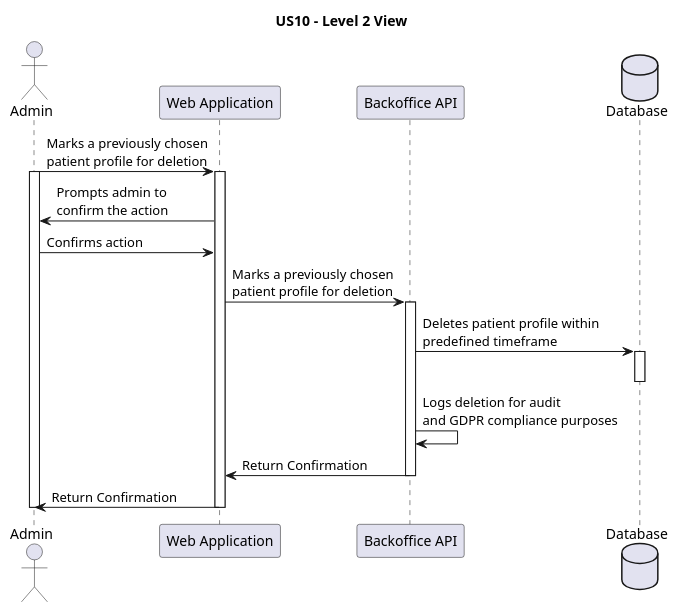
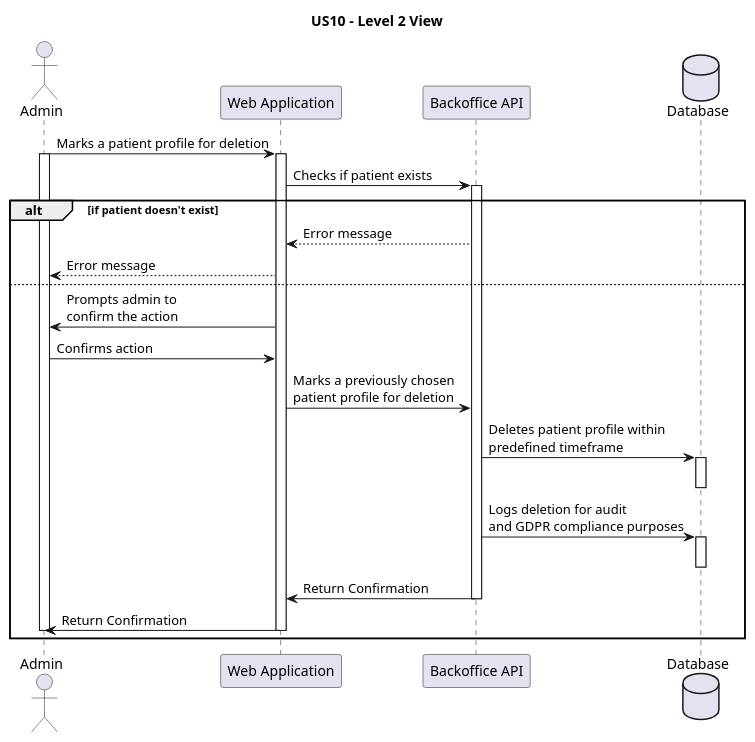
Before and after one commit to andredsferreira/p5sem-3dj-g59: the diagram in docs/user_stories/sprint-a/us10/views/level-2/US10-level-2-view.puml, drawn with PlantUML. The commit also changed 5 other files, not shown here.

```diff
--- a/docs/user_stories/sprint-a/us10/views/level-2/US10-level-2-view.puml
+++ b/docs/user_stories/sprint-a/us10/views/level-2/US10-level-2-view.puml
@@ -12,33 +12,41 @@
 @startuml
 
 title US10 - Level 2 View
 
 actor Admin as U
 participant "Web Application" as web
 participant "Backoffice API" as api
 database "Database" as db
 
-U -> web : Marks a previously chosen\npatient profile for deletion
+U -> web : Marks a patient profile for deletion
 activate U
 activate web
+web -> api : Checks if patient exists
+activate api
+alt if patient doesn't exist 
+api --> web : Error message
+web --> U : Error message
+else
 web -> U : Prompts admin to\nconfirm the action
 U -> web : Confirms action
 
 web -> api : Marks a previously chosen\npatient profile for deletion
-activate api
 
 api -> db : Deletes patient profile within\npredefined timeframe
 activate db
 deactivate db
-api -> api : Logs deletion for audit\nand GDPR compliance purposes
+api -> db : Logs deletion for audit\nand GDPR compliance purposes
+activate db 
+deactivate db
 api -> web : Return Confirmation
 deactivate api
 web -> U : Return Confirmation
 deactivate web
 deactivate U
+end
 
 ' E a parte do email?
 
 
 
 @enduml
```
